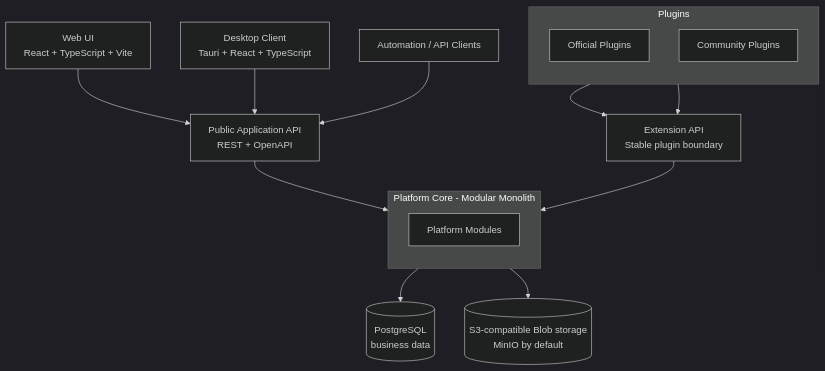
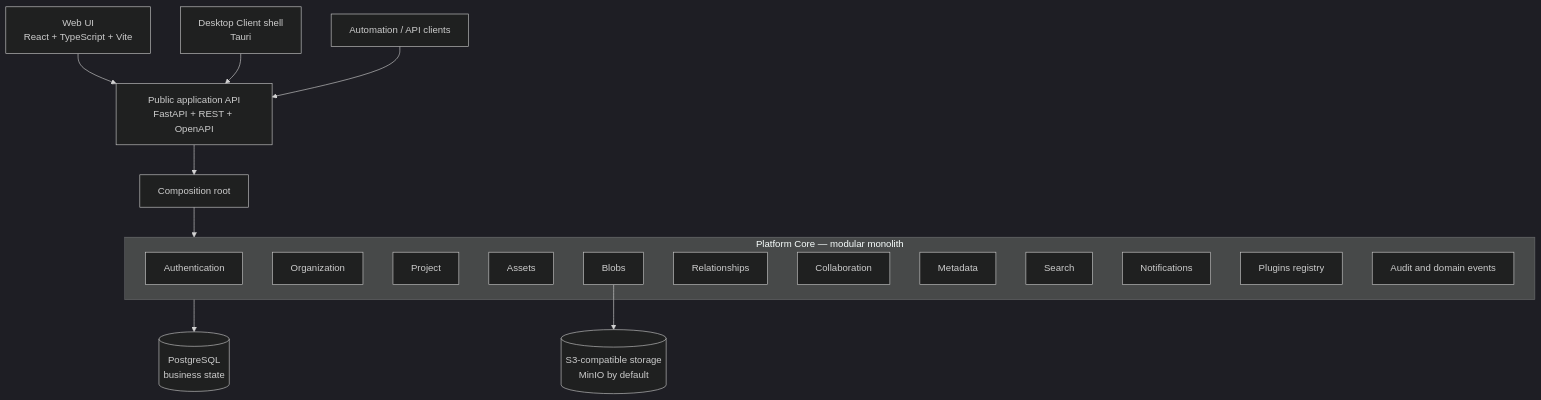
Before and after one commit to synkop360/OpenPDM: the first of 3 diagrams in docs/INTERNAL_FUNCTIONING.md, drawn with Mermaid (dark theme). The commit also changed other lines of this file and 22 other files, not shown here.

````diff
--- a/docs/INTERNAL_FUNCTIONING.md
+++ b/docs/INTERNAL_FUNCTIONING.md
@@ -58,35 +7,34 @@
 ```mermaid
 flowchart TD
-    WebUI[Web UI<br/>React + TypeScript + Vite]
-    Desktop[Desktop Client<br/>Tauri + React + TypeScript]
-    Automation[Automation / API Clients]
+    WebUI["Web UI<br/>React + TypeScript + Vite"]
+    Desktop["Desktop Client shell<br/>Tauri"]
+    Automation["Automation / API clients"]
+    AppAPI["Public application API<br/>FastAPI + REST + OpenAPI"]
+    Composition["Composition root"]
 
-    AppAPI[Public Application API<br/>REST + OpenAPI]
-    ExtAPI[Extension API<br/>Stable plugin boundary]
-
-    subgraph Core[Platform Core - Modular Monolith]
-        direction TB
-        Modules[Platform Modules]
+    subgraph Core["Platform Core — modular monolith"]
+        Auth["Authentication"]
+        Organization["Organization"]
+        Project["Project"]
+        Assets["Assets"]
+        Blobs["Blobs"]
+        Relationships["Relationships"]
+        Collaboration["Collaboration"]
+        Metadata["Metadata"]
+        Search["Search"]
+        Notifications["Notifications"]
+        Plugins["Plugins registry"]
+        AuditEvents["Audit and domain events"]
     end
 
-    subgraph Plugins[Plugins]
-        direction TB
-        Official[Official Plugins]
-        Community[Community Plugins]
-    end
-
-    Postgres[(PostgreSQL<br/>business data)]
-    MinIO[(S3-compatible Blob storage<br/>MinIO by default)]
+    Postgres[("PostgreSQL<br/>business state")]
+    ObjectStore[("S3-compatible storage<br/>MinIO by default")]
 
     WebUI --> AppAPI
     Desktop --> AppAPI
     Automation --> AppAPI
-
-    AppAPI --> Core
+    AppAPI --> Composition
+    Composition --> Core
     Core --> Postgres
-    Core --> MinIO
-
-    Official --> ExtAPI
-    Community --> ExtAPI
-    ExtAPI --> Core
+    Blobs --> ObjectStore
 ```
````
